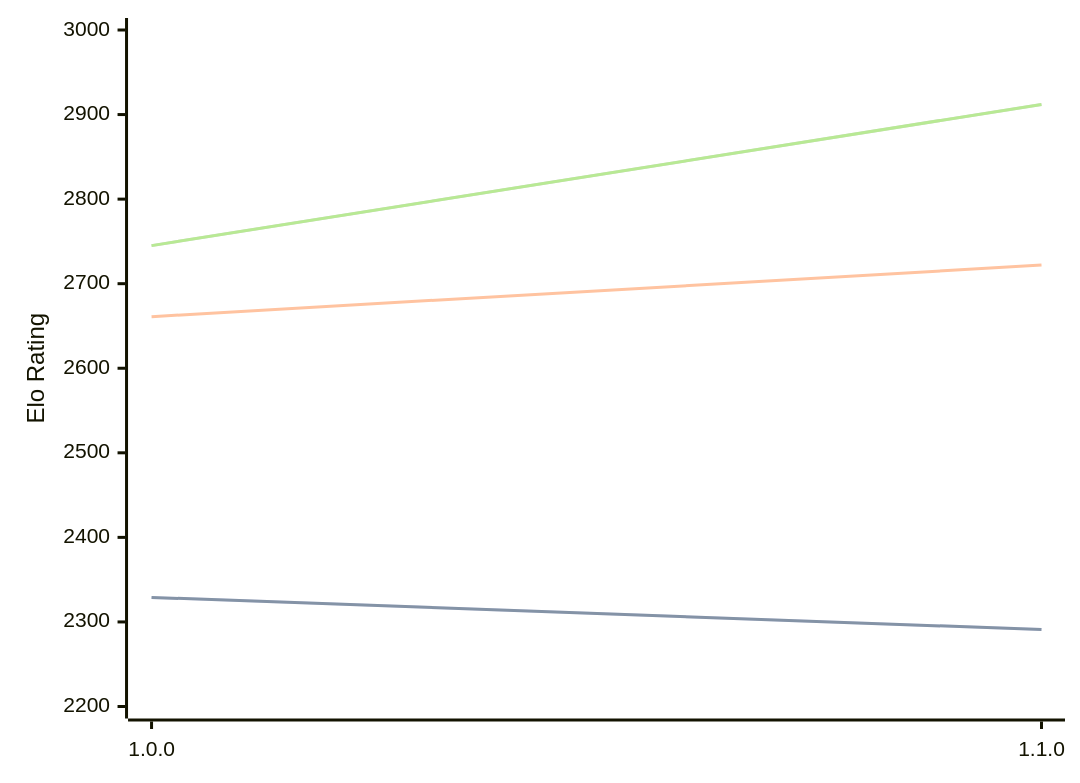
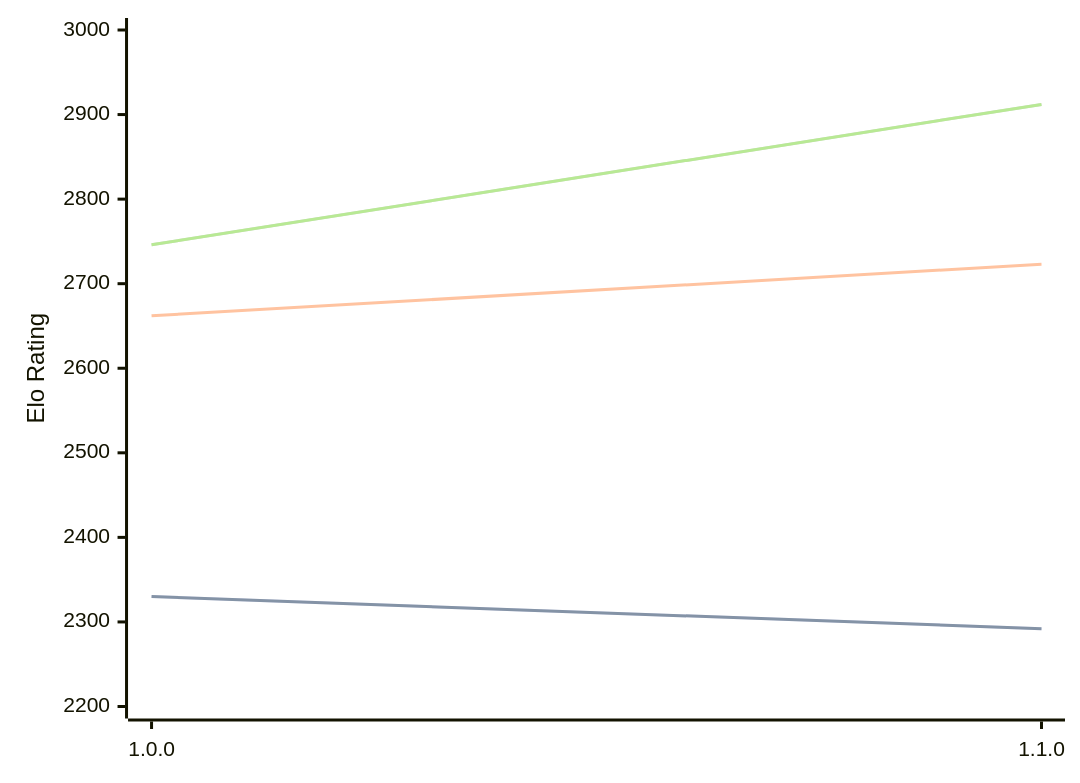
Before and after one commit to computer-chess-index/cci: the diagram in engines/ShallowGuess.md, drawn with Mermaid. The commit also changed other lines of this file, not shown here.

Commit message:
Update CCI Ratings (ELO VLTC) - 2026-09-14

````diff
--- a/engines/ShallowGuess.md
+++ b/engines/ShallowGuess.md
@@ -32,11 +32,11 @@
 ```mermaid
 %%{init: {"theme":"base","themeVariables":{"seriesColors:['#a3a3a3','#222221','#faa371']}}}%%
 xychart-beta
   x-axis ["1.0.0", "1.1.0"]
   y-axis "Elo Rating" 2200 --> 3000
-  line "" [2329, 2291]
-  line "STC (8.0+0.08s)" [2329, 2291]
-  line "LTC (60.0+0.60s)" [2661, 2722]
-  line "" [2745, 2912]
-  line "VLTC (2m24s+1.12s)" [2745, 2912]
+  line "" [2330, 2292]
+  line "STC (8.0+0.08s)" [2330, 2292]
+  line "LTC (60.0+0.60s)" [2662, 2723]
+  line "" [2746, 2912]
+  line "VLTC (2m24s+1.12s)" [2746, 2912]
 ```
````
